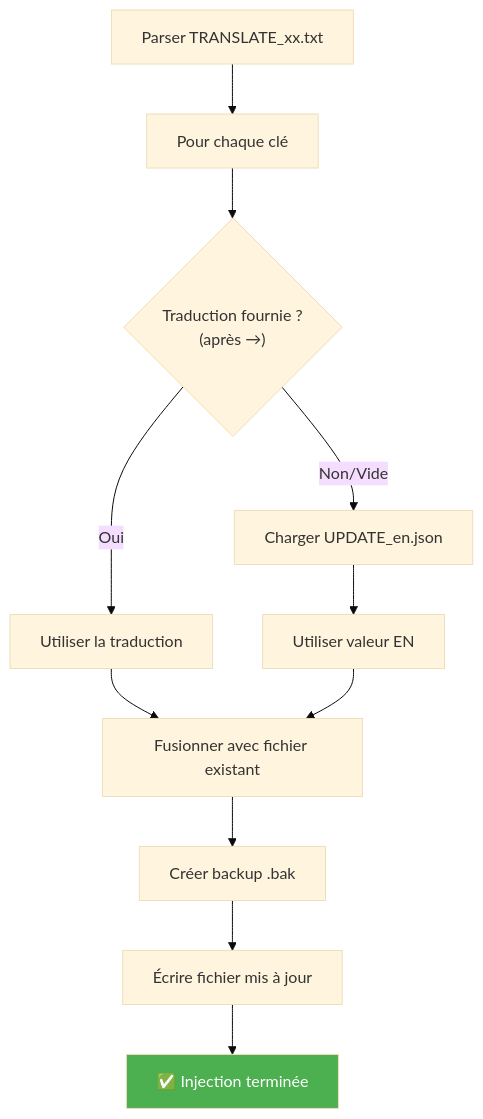
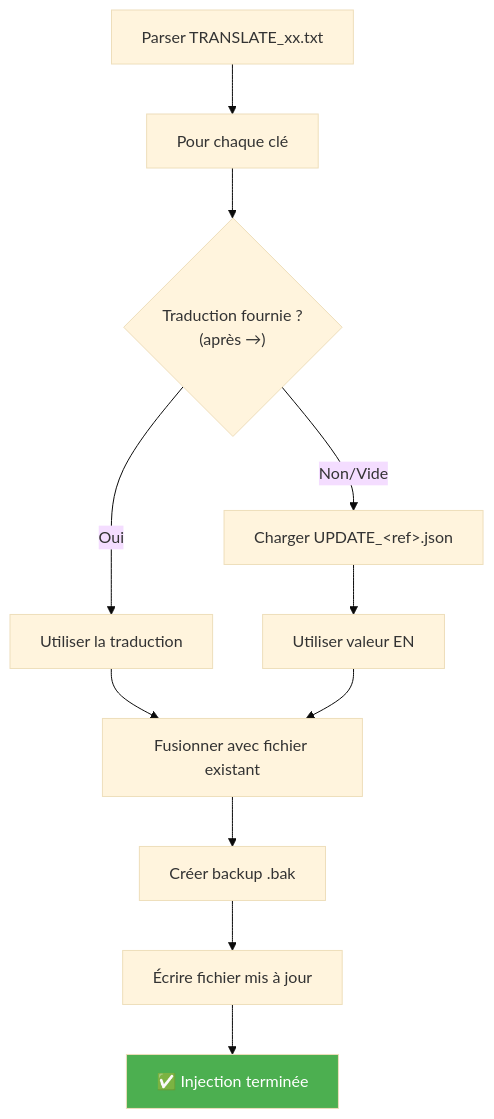
Before and after one commit to Gotcha26/Adobe_Lightroom_Translation_Plugins_Kit: the second of 2 diagrams in tools/translator/__doc__/fr/commandes/INJECT.md, drawn with Mermaid (base theme). The commit also changed other lines of this file and 28 other files, not shown here.

````diff
--- a/tools/translator/__doc__/fr/commandes/INJECT.md
+++ b/tools/translator/__doc__/fr/commandes/INJECT.md
@@ -54,19 +54,19 @@
 ```mermaid
 flowchart TD
     A["Parser TRANSLATE_xx.txt"] --> B["Pour chaque clé"]
 
     B --> C{"Traduction fournie ?<br/>(après →)"}
 
     C -->|Oui| D["Utiliser la traduction"]
-    C -->|Non/Vide| E["Charger UPDATE_en.json"]
+    C -->|Non/Vide| E["Charger UPDATE_&lt;ref&gt;.json"]
     E --> F["Utiliser valeur EN"]
 
     D --> G["Fusionner avec fichier existant"]
     F --> G
 
     G --> H["Créer backup .bak"]
     H --> I["Écrire fichier mis à jour"]
     I --> J["✅ Injection terminée"]
 
     style J fill:#4CAF50,color:#fff
 ```
````
